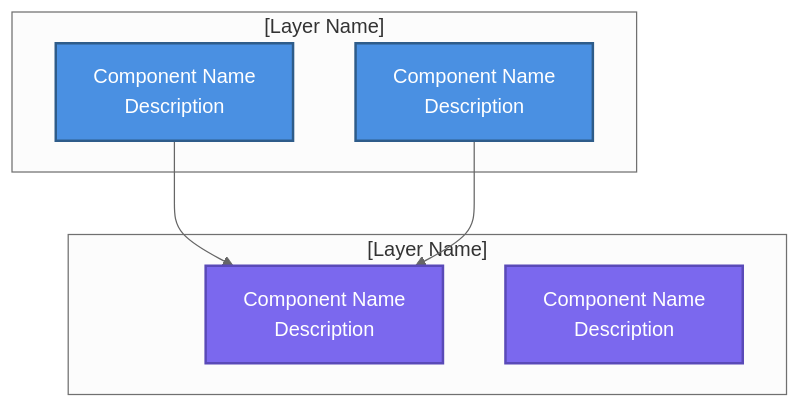
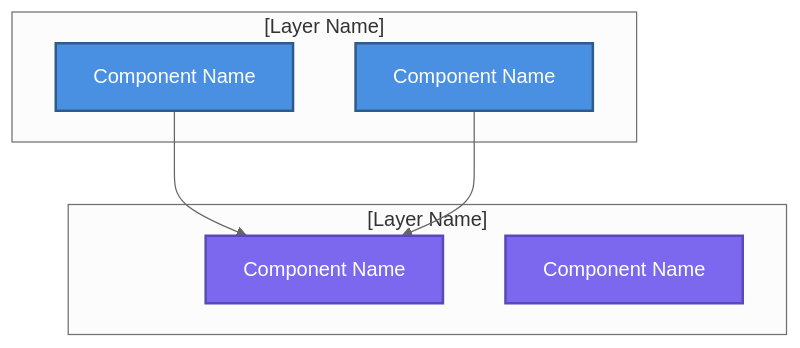
One commit to Duccci/Zenos-Planner changed the diagram in templates/architecture-templates/system-overview-template.md. Above: the diagram before and after it, drawn with Mermaid (neutral theme). The commit also changed other lines of this file and 155 other files, not shown here.

````diff
--- a/templates/architecture-templates/system-overview-template.md
+++ b/templates/architecture-templates/system-overview-template.md
@@ -14,23 +13,21 @@
 ```mermaid
 graph TB
     subgraph "[Layer Name]"
-        Component1[Component Name<br/>Description]
-        Component2[Component Name<br/>Description]
+        Component1[Component Name]
+        Component2[Component Name]
     end
-    
+
     subgraph "[Layer Name]"
-        Component3[Component Name<br/>Description]
-        Component4[Component Name<br/>Description]
+        Component3[Component Name]
+        Component4[Component Name]
     end
-    
-    %% Connections - show key relationships
+
     Component1 --> Component3
     Component2 --> Component3
-    
-    %% Styling
-    classDef layer1Style fill:#4A90E2,stroke:#2E5C8A,stroke-width:2px,color:#fff
-    classDef layer2Style fill:#7B68EE,stroke:#5A4AB8,stroke-width:2px,color:#fff
-    
-    class Component1,Component2 layer1Style
-    class Component3,Component4 layer2Style
+
+    classDef layer1 fill:#4A90E2,stroke:#2E5C8A,stroke-width:2px,color:#fff
+    classDef layer2 fill:#7B68EE,stroke:#5A4AB8,stroke-width:2px,color:#fff
+
+    class Component1,Component2 layer1
+    class Component3,Component4 layer2
 ```
````
